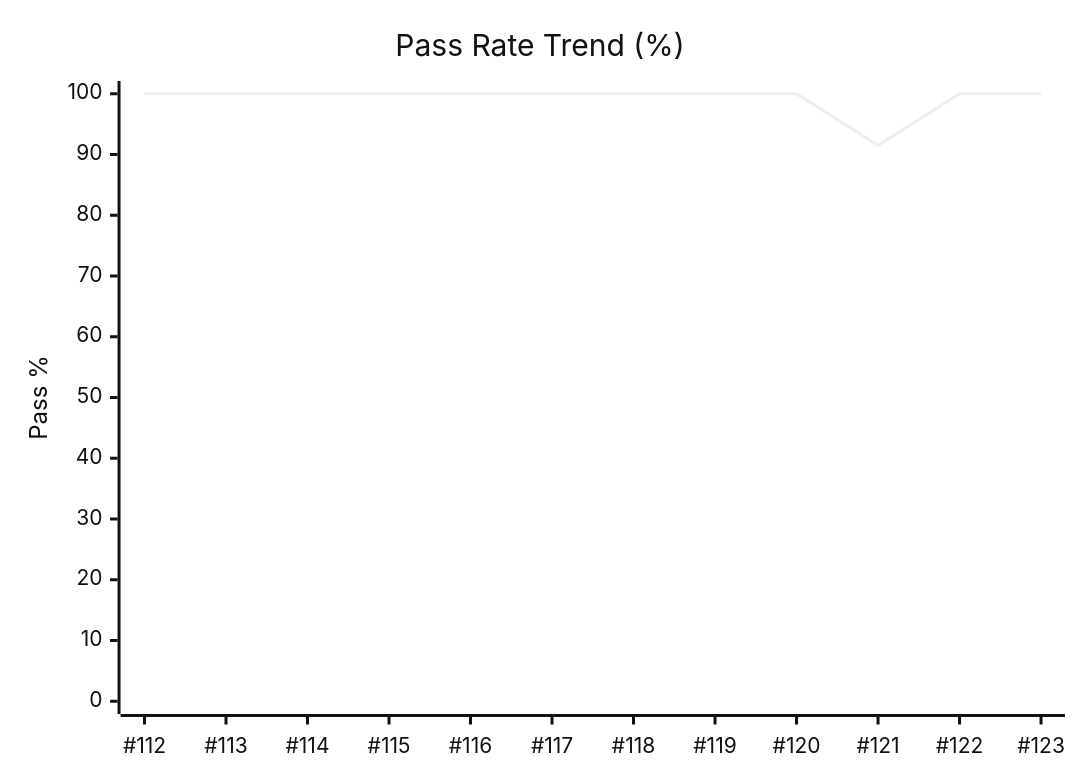
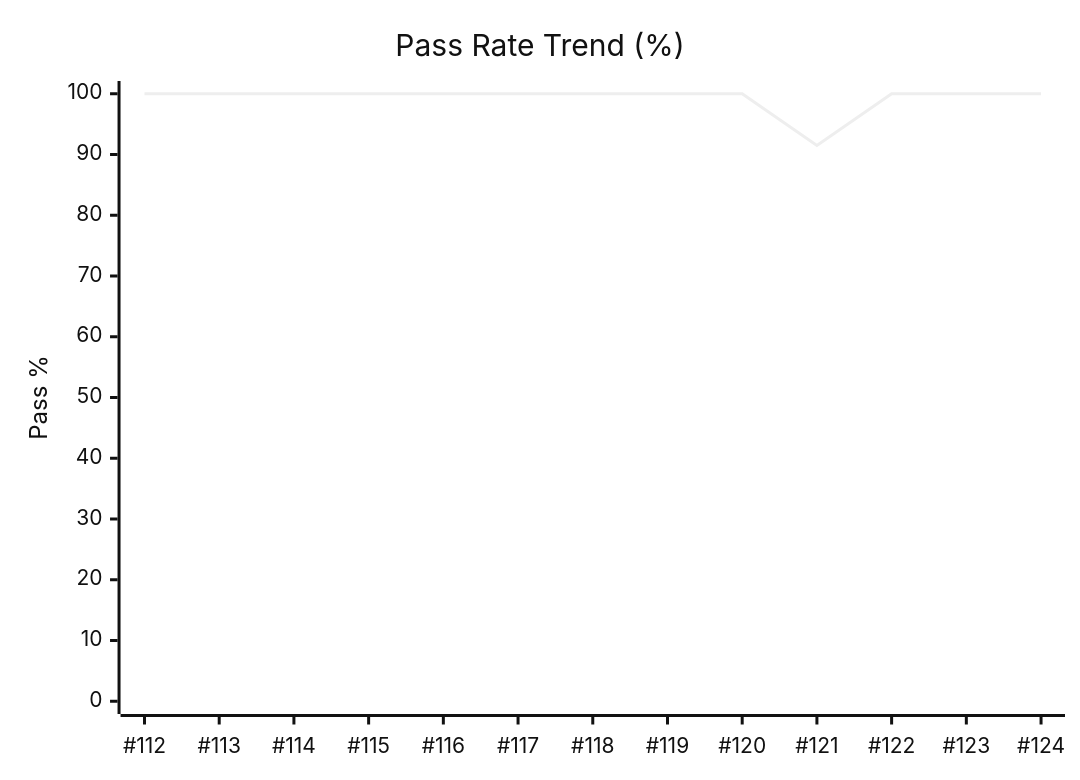
Before and after one commit to karimarie67/QA-boost: the diagram in dashboards/qa-metrics.md, drawn with Mermaid (neutral theme). The commit also changed other lines of this file and 2 other files, not shown here.

````diff
--- a/dashboards/qa-metrics.md
+++ b/dashboards/qa-metrics.md
@@ -37,7 +37,7 @@
 ```mermaid
 xychart-beta
     title "Pass Rate Trend (%)"
-    x-axis [#112, #113, #114, #115, #116, #117, #118, #119, #120, #121, #122, #123]
+    x-axis [#112, #113, #114, #115, #116, #117, #118, #119, #120, #121, #122, #123, #124]
     y-axis "Pass %" 0 --> 100
-    line [100.0, 100.0, 100.0, 100.0, 100.0, 100.0, 100.0, 100.0, 100.0, 91.5, 100.0, 100.0]
+    line [100.0, 100.0, 100.0, 100.0, 100.0, 100.0, 100.0, 100.0, 100.0, 91.5, 100.0, 100.0, 100.0]
 ```
````
